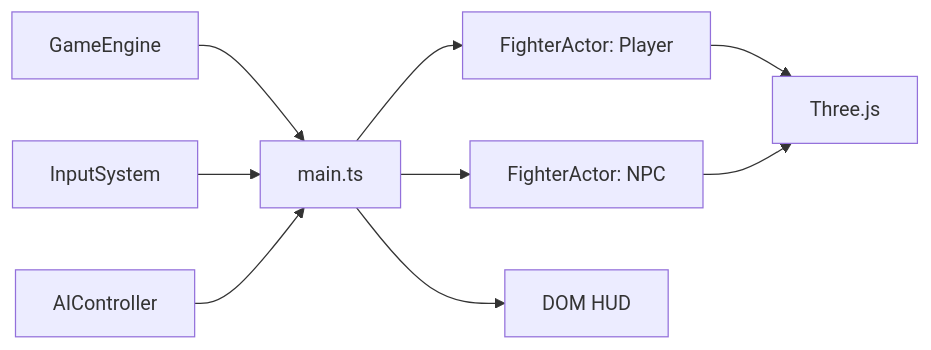
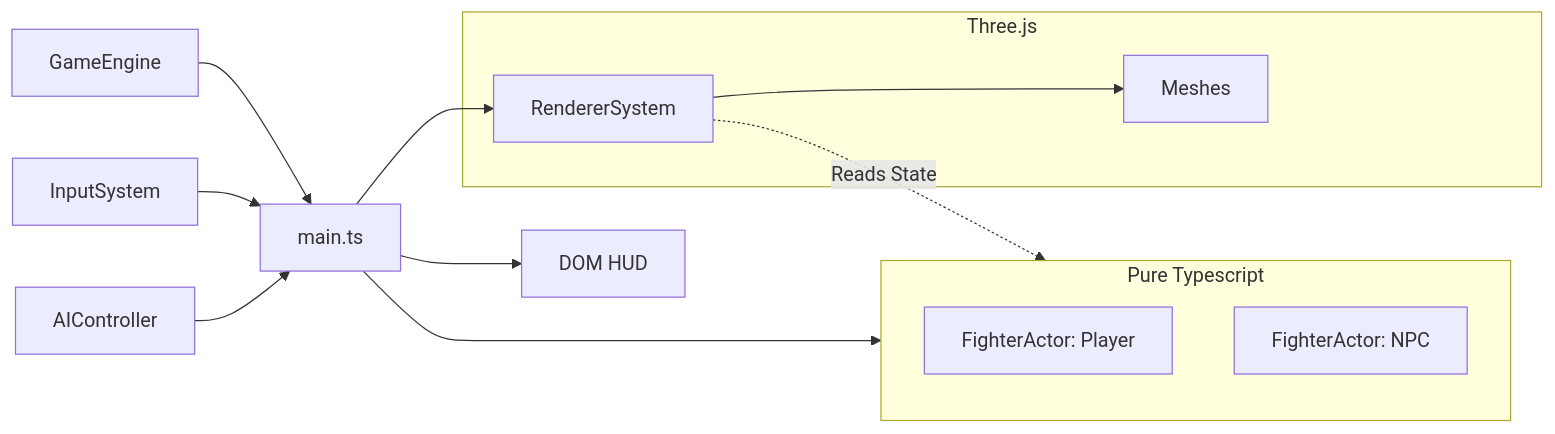
One commit to GhCristea/xstate-threejs-fighting-template changed the first of 2 diagrams in README.md. Above: the diagram before and after it, drawn with Mermaid. The commit also changed other lines of this file, not shown here.

Commit message:
Update docs/diagrams to reflect decoupled architecture and typed islands

````diff
--- a/README.md
+++ b/README.md
@@ -99,14 +95,23 @@
 ```mermaid
 flowchart LR
   Engine[GameEngine] --> Main[main.ts]
   Input[InputSystem] --> Main
   AI[AIController] --> Main
 
-  Main --> P1[FighterActor: Player]
-  Main --> P2[FighterActor: NPC]
+  subgraph Logic [Pure Typescript]
+    P1[FighterActor: Player]
+    P2[FighterActor: NPC]
+  end
 
-  P1 --> Three[Three.js]
-  P2 --> Three
+  subgraph Visuals [Three.js]
+    RenderSys[RendererSystem]
+    Meshes[Meshes]
+  end
+
+  Main --> Logic
+  Main --> RenderSys
+  RenderSys -.->|Reads State| Logic
+  RenderSys --> Meshes
 
   Main --> HUD[DOM HUD]
 ```
````
